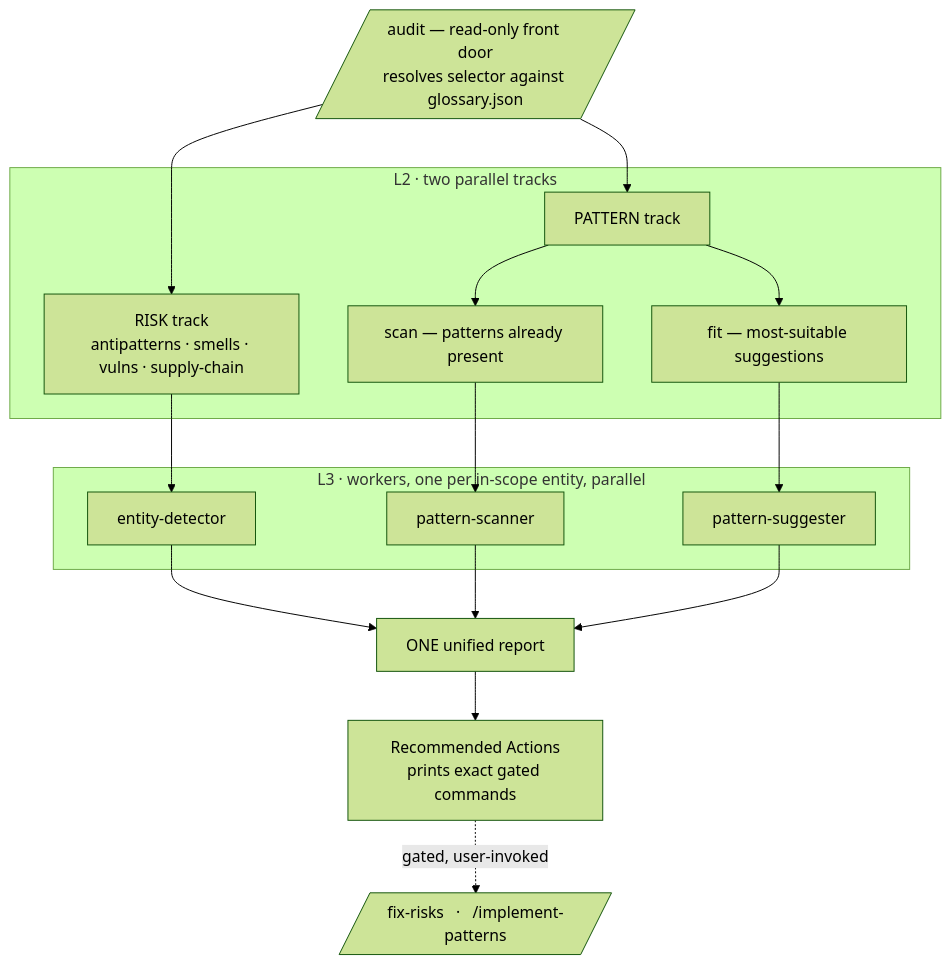
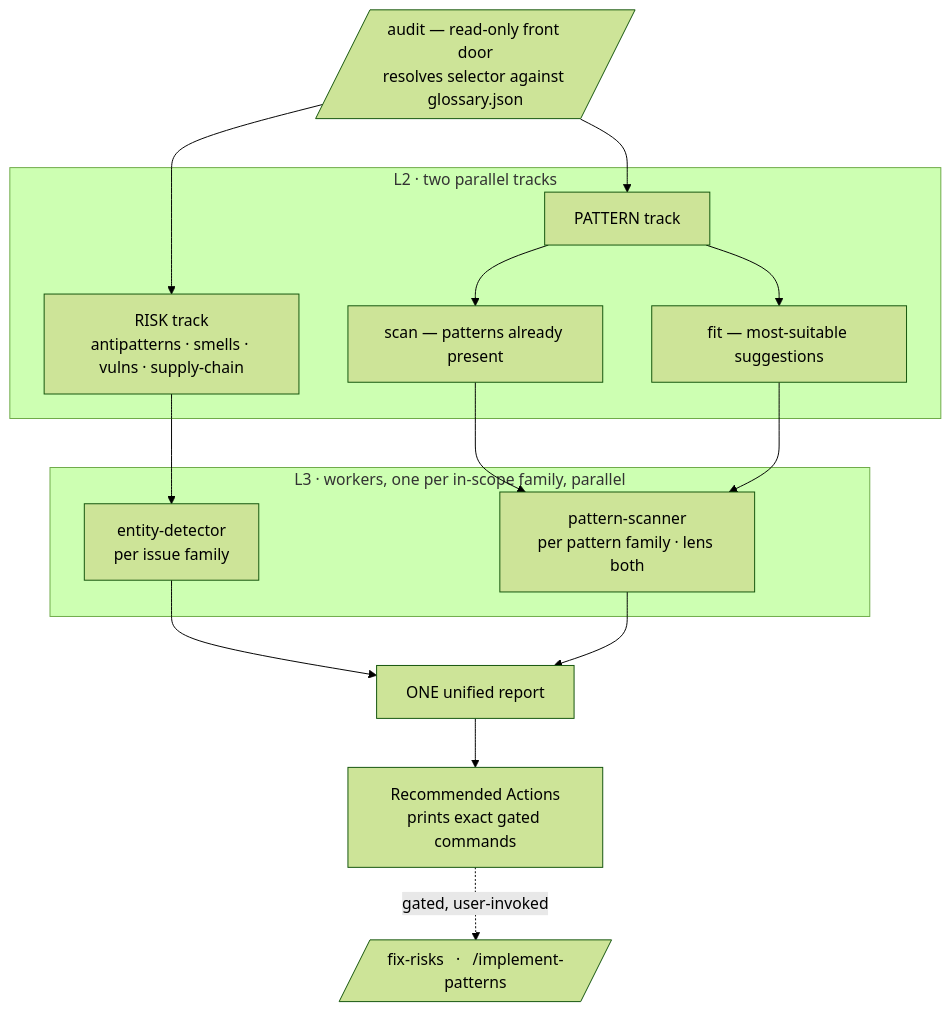
Before and after one commit to odere-pro/claude-oop-excellence: the diagram in README.md, drawn with Mermaid (forest theme). The commit also changed other lines of this file and 10 other files, not shown here.

````diff
--- a/README.md
+++ b/README.md
@@ -80,27 +80,25 @@
 ```mermaid
 flowchart TD
   A[/audit — read-only front door<br/>resolves selector against glossary.json/]
   subgraph L2 [L2 · two parallel tracks]
     R[RISK track<br/>antipatterns · smells · vulns · supply-chain]
     P[PATTERN track]
     PS[scan — patterns already present]
     PF[fit — most-suitable suggestions]
     P --> PS
     P --> PF
   end
-  subgraph L3 [L3 · workers, one per in-scope entity, parallel]
-    WD[entity-detector]
-    WS[pattern-scanner]
-    WF[pattern-suggester]
+  subgraph L3 [L3 · workers, one per in-scope family, parallel]
+    WD[entity-detector<br/>per issue family]
+    WS[pattern-scanner<br/>per pattern family · lens both]
   end
   A --> R
   A --> P
   R --> WD
   PS --> WS
-  PF --> WF
+  PF --> WS
   WD --> U[ONE unified report]
   WS --> U
-  WF --> U
   U --> RA[Recommended Actions<br/>prints exact gated commands]
   RA -. gated, user-invoked .-> ACT[/fix-risks &nbsp; · &nbsp; /implement-patterns/]
 ```
````
